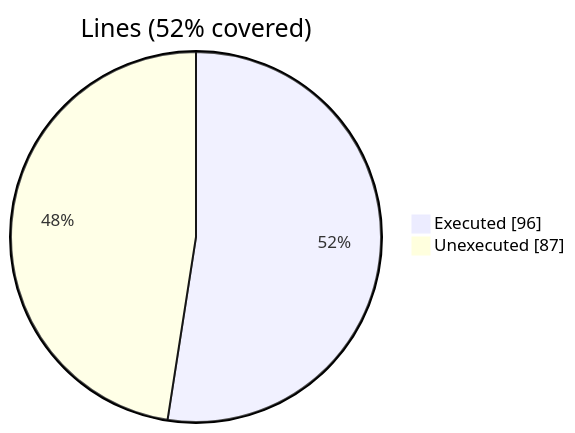
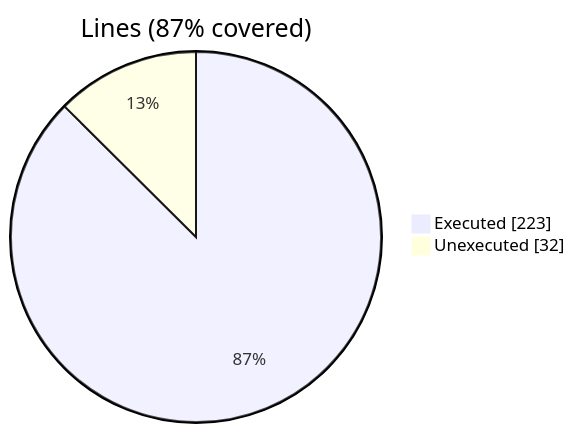
One commit to szaghi/FiNeR changed the third of 6 diagrams in docs/guide/coverage-analysis.md. Above: the diagram before and after it, drawn with Mermaid. The commit also changed other lines of this file and 10 other files, not shown here.

````diff
--- a/docs/guide/coverage-analysis.md
+++ b/docs/guide/coverage-analysis.md
@@ -43,6 +43,6 @@
 ```mermaid
 pie showData
-    title Lines (52% covered)
-    "Executed" : 96
-    "Unexecuted" : 87
+    title Lines (87% covered)
+    "Executed" : 223
+    "Unexecuted" : 32
 ```
````
